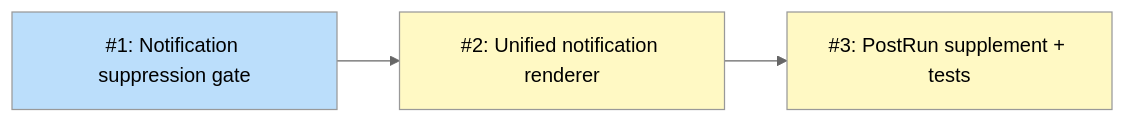
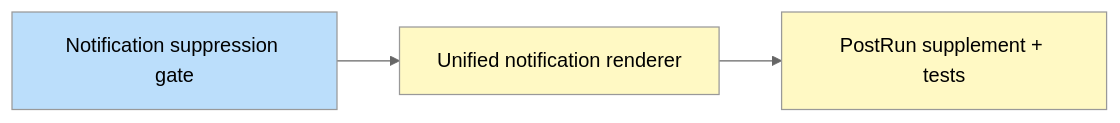
One commit to tsukumogami/tsuku changed the diagram in docs/designs/DESIGN-notification-system.md. Above: the diagram before and after it, drawn with Mermaid (neutral theme). The commit also changed other lines of this file, not shown here.

Commit message:
fix(docs): fix design doc CI validation errors
Add issues table for II02, legend line for MM14, and use non-numeric
node IDs in Mermaid diagram to avoid MM15 false positives on single-pr
local issue numbers.

````diff
--- a/docs/designs/DESIGN-notification-system.md
+++ b/docs/designs/DESIGN-notification-system.md
@@ -315,15 +324,15 @@
 ```mermaid
 graph LR
-    I1["#1: Notification suppression gate"]
-    I2["#2: Unified notification renderer"]
-    I3["#3: PostRun supplement + tests"]
+    N1["Notification suppression gate"]
+    N2["Unified notification renderer"]
+    N3["PostRun supplement + tests"]
 
-    I1 --> I2
-    I2 --> I3
+    N1 --> N2
+    N2 --> N3
 
     classDef ready fill:#bbdefb
     classDef blocked fill:#fff9c4
 
-    class I1 ready
-    class I2,I3 blocked
+    class N1 ready
+    class N2,N3 blocked
 ```
````
